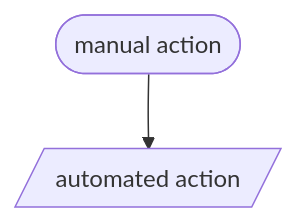
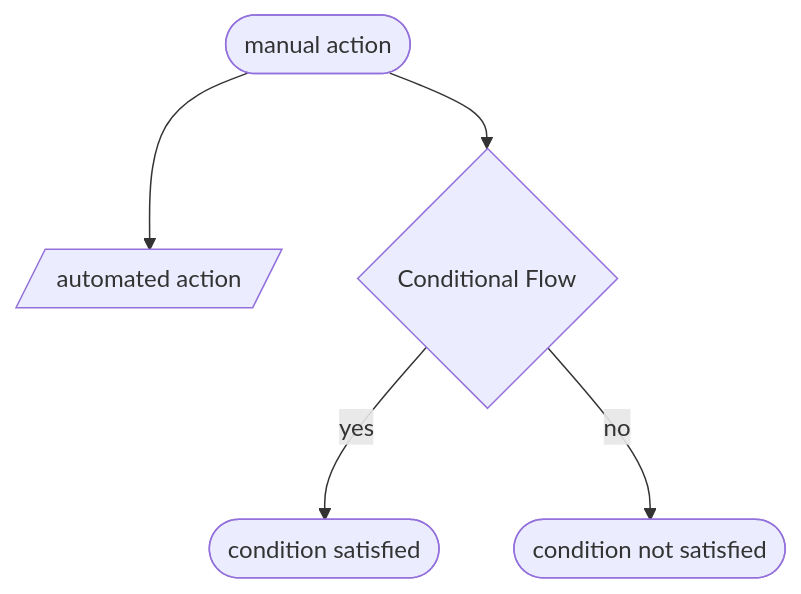
Before and after one commit to grafana/loki-release: the first of 3 diagrams in loki-legacy-workflow.md, drawn with Mermaid. The commit also changed other lines of this file, not shown here.

````diff
--- a/loki-legacy-workflow.md
+++ b/loki-legacy-workflow.md
@@ -9,4 +9,7 @@
 ```mermaid
 graph TD;
     A([manual action]) --> B[/automated action/];
+    A --> C{Conditional Flow}
+    C --> |yes| D([condition satisfied])
+    C --> |no| E([condition not satisfied])
 ```
````
